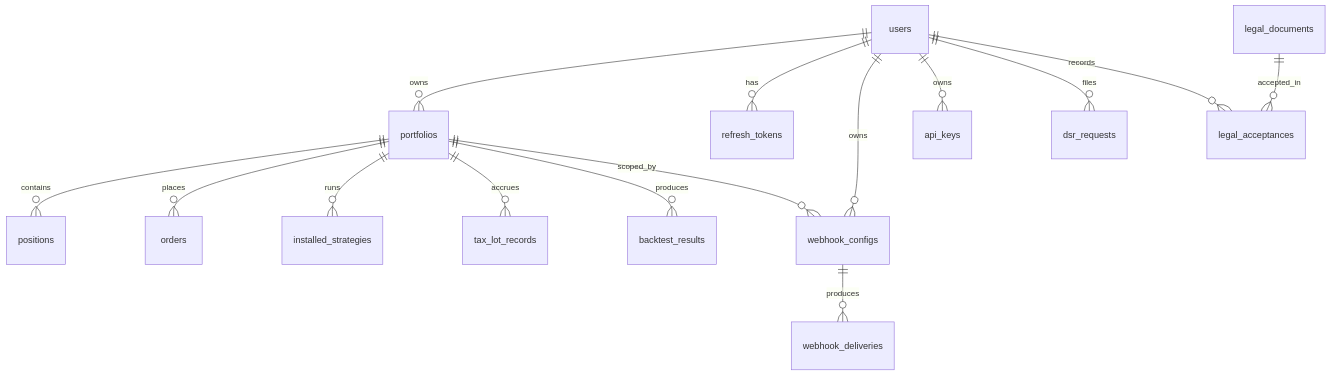
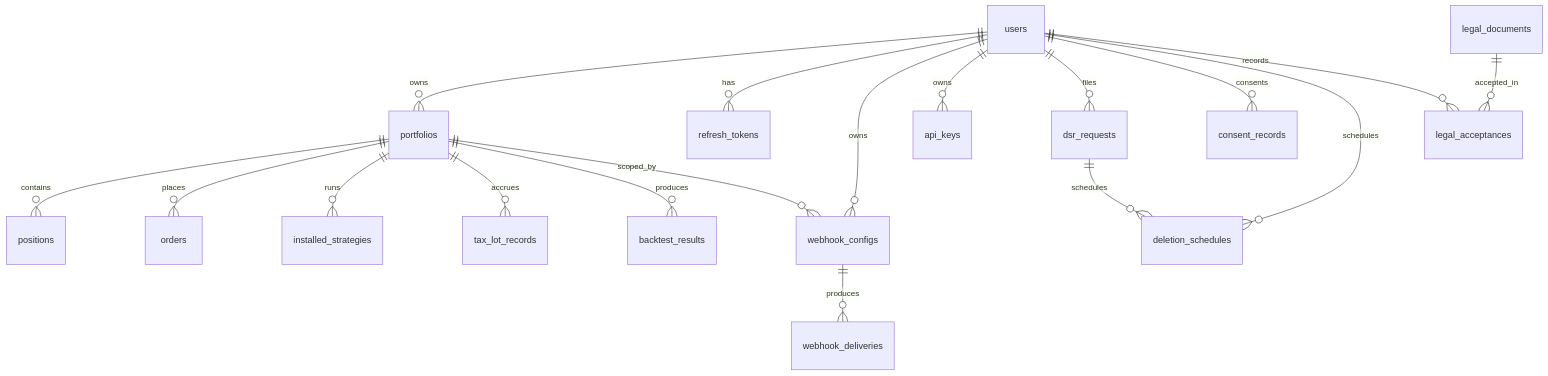
Before and after one commit to SevFle/nexus-trade-engine: the diagram in docs/data-model.md, drawn with Mermaid. The commit also changed other lines of this file and 4 other files, not shown here.

````diff
--- a/docs/data-model.md
+++ b/docs/data-model.md
@@ -14,19 +14,22 @@
 ```mermaid
 erDiagram
     users ||--o{ portfolios : owns
     users ||--o{ refresh_tokens : has
     users ||--o{ webhook_configs : owns
     users ||--o{ api_keys : owns
     users ||--o{ dsr_requests : files
+    users ||--o{ consent_records : consents
+    users ||--o{ deletion_schedules : schedules
+    dsr_requests ||--o{ deletion_schedules : schedules
     users ||--o{ legal_acceptances : records
 
     portfolios ||--o{ positions : contains
     portfolios ||--o{ orders : places
     portfolios ||--o{ installed_strategies : runs
     portfolios ||--o{ tax_lot_records : accrues
     portfolios ||--o{ backtest_results : produces
     portfolios ||--o{ webhook_configs : scoped_by
 
     webhook_configs ||--o{ webhook_deliveries : produces
     legal_documents ||--o{ legal_acceptances : accepted_in
 ```
````
